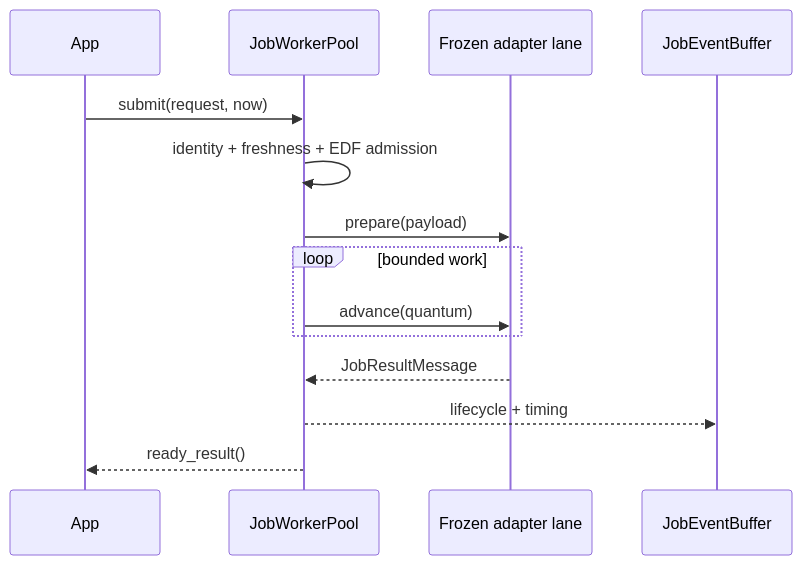
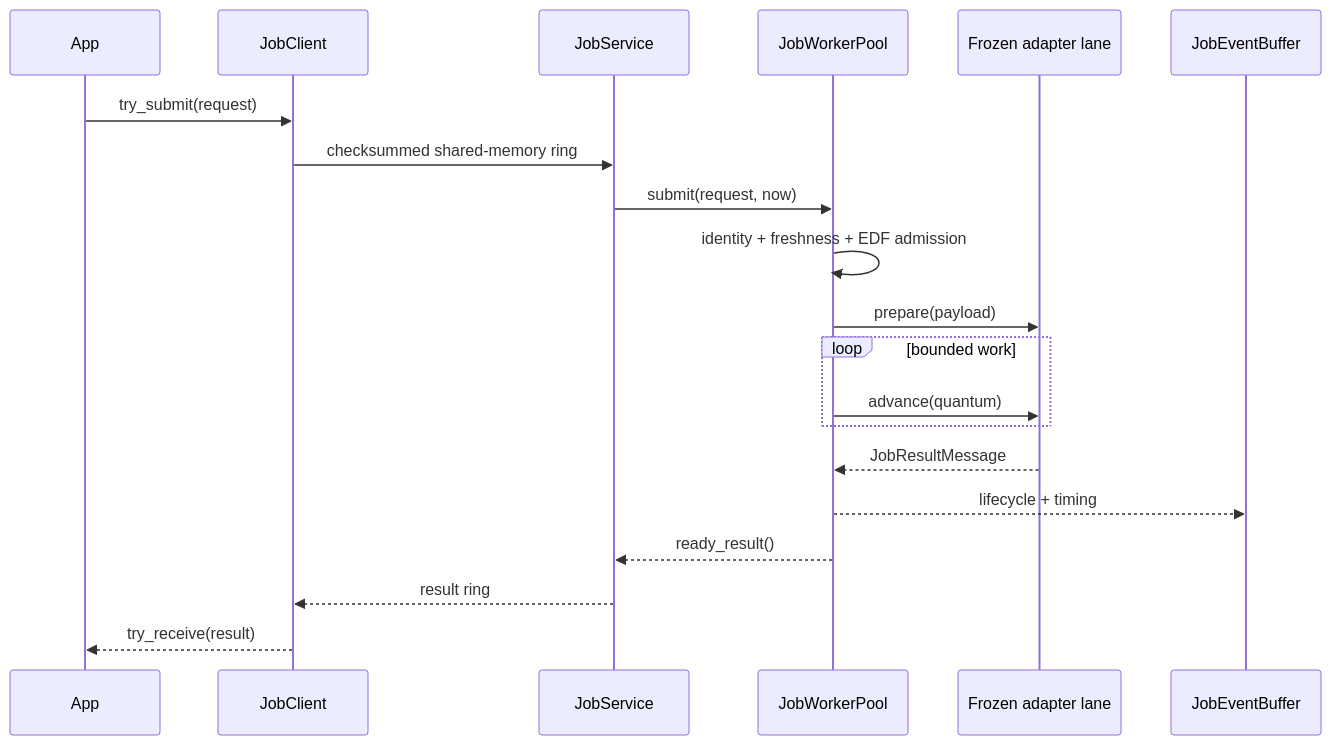
Before and after one commit to elprofesoriqo/FlowEdge: the diagram in docs/guides/cooperative-jobs.md, drawn with Mermaid. The commit also changed other lines of this file and 24 other files, not shown here.

````diff
--- a/docs/guides/cooperative-jobs.md
+++ b/docs/guides/cooperative-jobs.md
@@ -46,16 +46,22 @@
 ```{mermaid}
 sequenceDiagram
   participant App
+  participant Client as JobClient
+  participant Service as JobService
   participant Pool as JobWorkerPool
   participant Lane as Frozen adapter lane
   participant Events as JobEventBuffer
-  App->>Pool: submit(request, now)
+  App->>Client: try_submit(request)
+  Client->>Service: checksummed shared-memory ring
+  Service->>Pool: submit(request, now)
   Pool->>Pool: identity + freshness + EDF admission
   Pool->>Lane: prepare(payload)
   loop bounded work
     Pool->>Lane: advance(quantum)
   end
   Lane-->>Pool: JobResultMessage
   Pool-->>Events: lifecycle + timing
-  Pool-->>App: ready_result()
+  Pool-->>Service: ready_result()
+  Service-->>Client: result ring
+  Client-->>App: try_receive(result)
 ```
````
